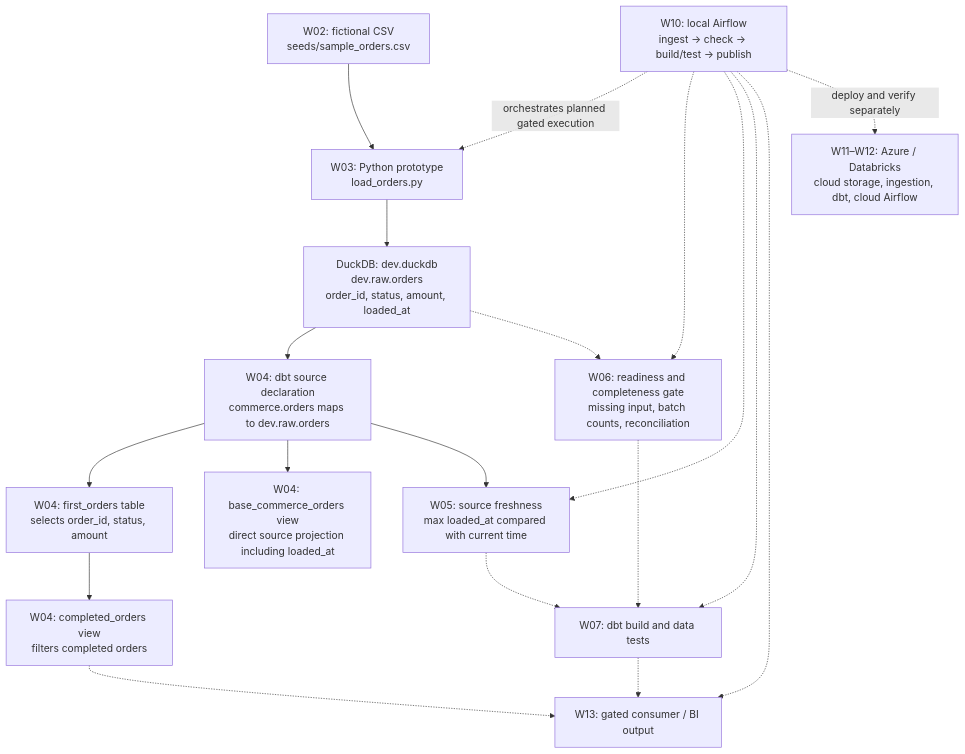
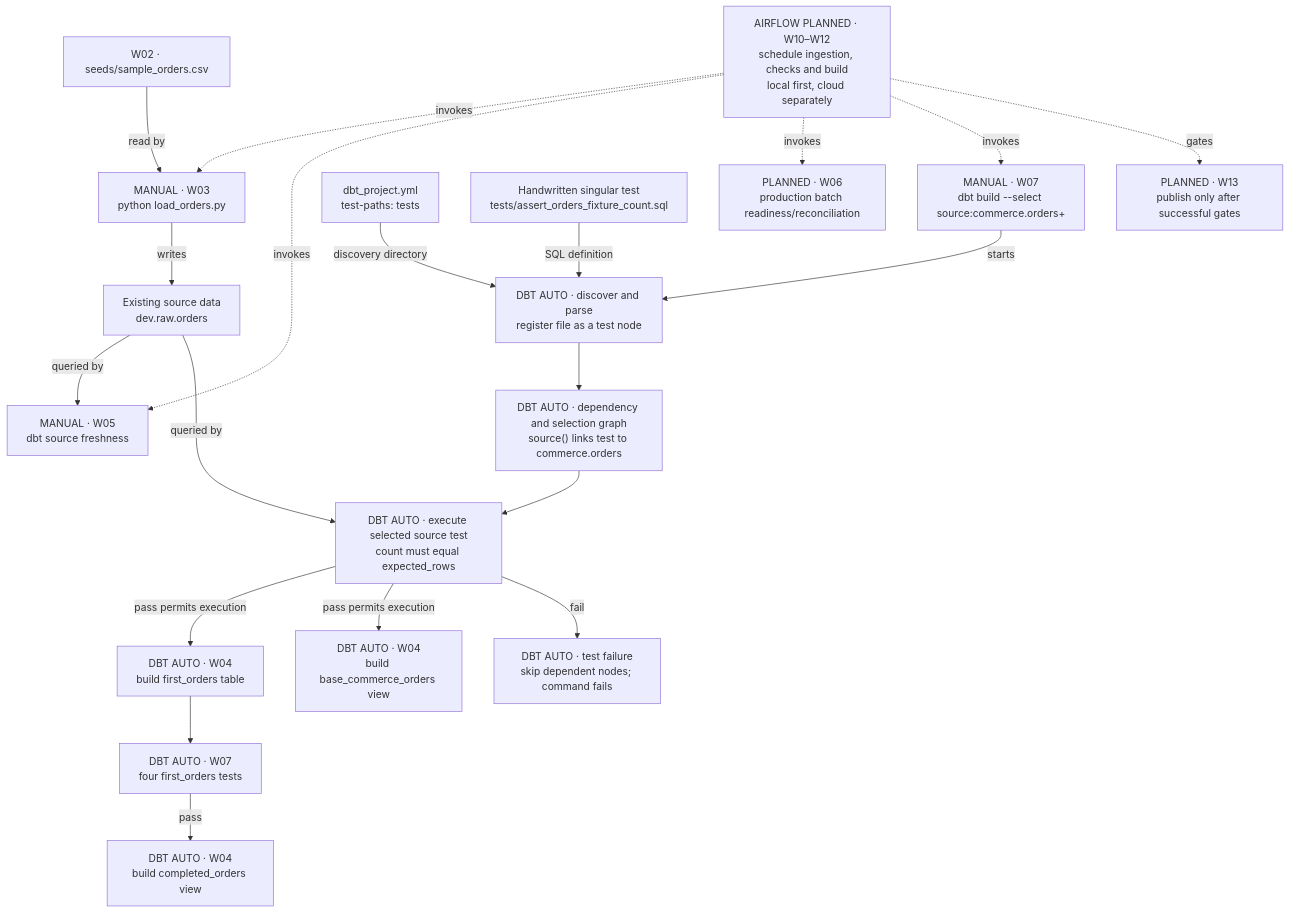
The first of 2 diagrams in docs/DATAFLOW_TRACKER.md (Amoladhav/staff_de_training), drawn with Mermaid before and after one commit. The commit also changed other lines of this file and 12 other files, not shown here.

First line of the commit message:
Migrate local dbt runtime to v2 (#5)

````diff
--- a/docs/DATAFLOW_TRACKER.md
+++ b/docs/DATAFLOW_TRACKER.md
@@ -65,31 +98,38 @@
 ```mermaid
 flowchart TD
-    CSV["W02: fictional CSV<br/>seeds/sample_orders.csv"]
-    LOAD["W03: Python prototype<br/>load_orders.py"]
-    RAW["DuckDB: dev.duckdb<br/>dev.raw.orders<br/>order_id, status, amount, loaded_at"]
-    SRC["W04: dbt source declaration<br/>commerce.orders maps to dev.raw.orders"]
-    FIRST["W04: first_orders table<br/>selects order_id, status, amount"]
-    BASE["W04: base_commerce_orders view<br/>direct source projection including loaded_at"]
-    LAST["W04: completed_orders view<br/>filters completed orders"]
-    FRESH["W05: source freshness<br/>max loaded_at compared with current time"]
-    READY["W06: readiness and completeness gate<br/>missing input, batch counts, reconciliation"]
-    TEST["W07: dbt build and data tests"]
-    PUB["W13: gated consumer / BI output"]
-    AF["W10: local Airflow<br/>ingest → check → build/test → publish"]
-    CLOUD["W11–W12: Azure / Databricks<br/>cloud storage, ingestion, dbt, cloud Airflow"]
-    CSV --> LOAD --> RAW
-    RAW --> SRC --> FIRST --> LAST
-    SRC --> BASE
-    SRC --> FRESH
-    RAW -.-> READY
-    FRESH -.-> TEST
-    READY -.-> TEST
-    TEST -.-> PUB
-    LAST -.-> PUB
-    AF -. orchestrates planned gated execution .-> LOAD
-    AF -.-> READY
-    AF -.-> FRESH
-    AF -.-> TEST
-    AF -.-> PUB
-    AF -. deploy and verify separately .-> CLOUD
+    LOAD["MANUAL · W03<br/>python load_orders.py"]
+    CSV["W02 · seeds/sample_orders.csv"]
+    RAW["Existing source data<br/>dev.raw.orders"]
+    FRESH["MANUAL · W05<br/>dbt source freshness"]
+    BUILD["MANUAL · W07<br/>dbt build --select source:commerce.orders+"]
+    CONFIG["dbt_project.yml<br/>test-paths: tests"]
+    FILE["Handwritten singular test<br/>tests/assert_orders_fixture_count.sql"]
+    DISC["DBT AUTO · discover and parse<br/>register file as a test node"]
+    GRAPH["DBT AUTO · dependency and selection graph<br/>source() links test to commerce.orders"]
+    CHECK["DBT AUTO · execute selected source test<br/>count must equal expected_rows"]
+    FIRST["DBT AUTO · W04<br/>build first_orders table"]
+    BASE["DBT AUTO · W04<br/>build base_commerce_orders view"]
+    MODELTEST["DBT AUTO · W07<br/>four first_orders tests"]
+    LAST["DBT AUTO · W04<br/>build completed_orders view"]
+    STOP["DBT AUTO · test failure<br/>skip dependent nodes; command fails"]
+    AF["AIRFLOW PLANNED · W10–W12<br/>schedule ingestion, checks and build<br/>local first, cloud separately"]
+    READY["PLANNED · W06<br/>production batch readiness/reconciliation"]
+    PUB["PLANNED · W13<br/>publish only after successful gates"]
+    CSV -->|read by| LOAD
+    LOAD -->|writes| RAW
+    RAW -->|queried by| FRESH
+    BUILD -->|starts| DISC
+    CONFIG -->|discovery directory| DISC
+    FILE -->|SQL definition| DISC
+    DISC --> GRAPH --> CHECK
+    RAW -->|queried by| CHECK
+    CHECK -->|pass permits execution| FIRST
+    CHECK -->|pass permits execution| BASE
+    CHECK -->|fail| STOP
+    FIRST --> MODELTEST -->|pass| LAST
+    AF -. invokes .-> LOAD
+    AF -. invokes .-> FRESH
+    AF -. invokes .-> READY
+    AF -. invokes .-> BUILD
+    AF -. gates .-> PUB
 ```
````
